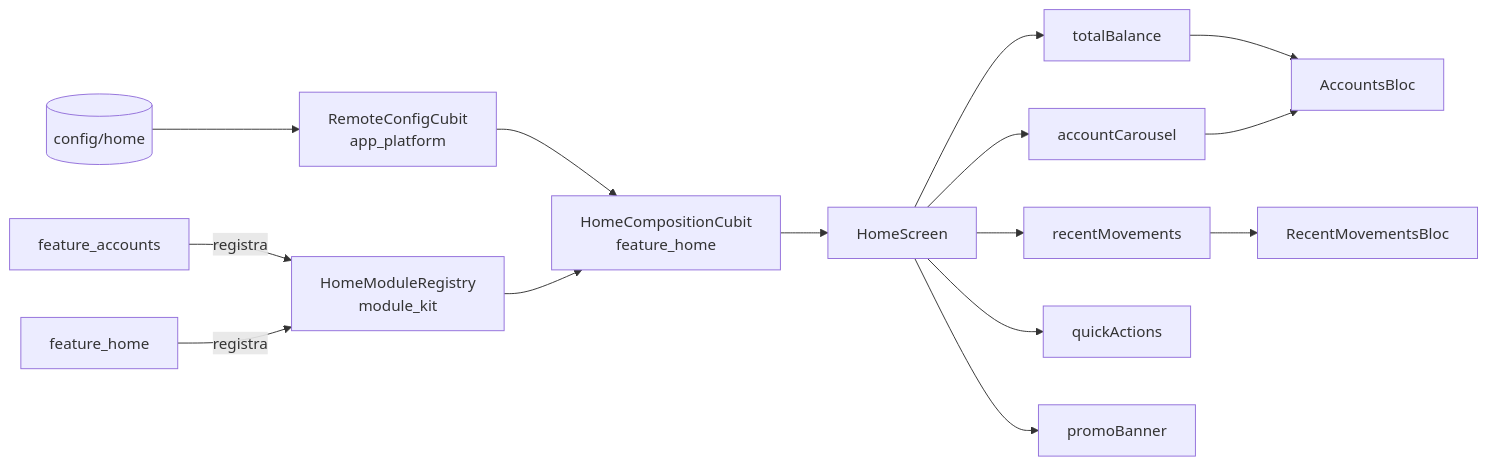
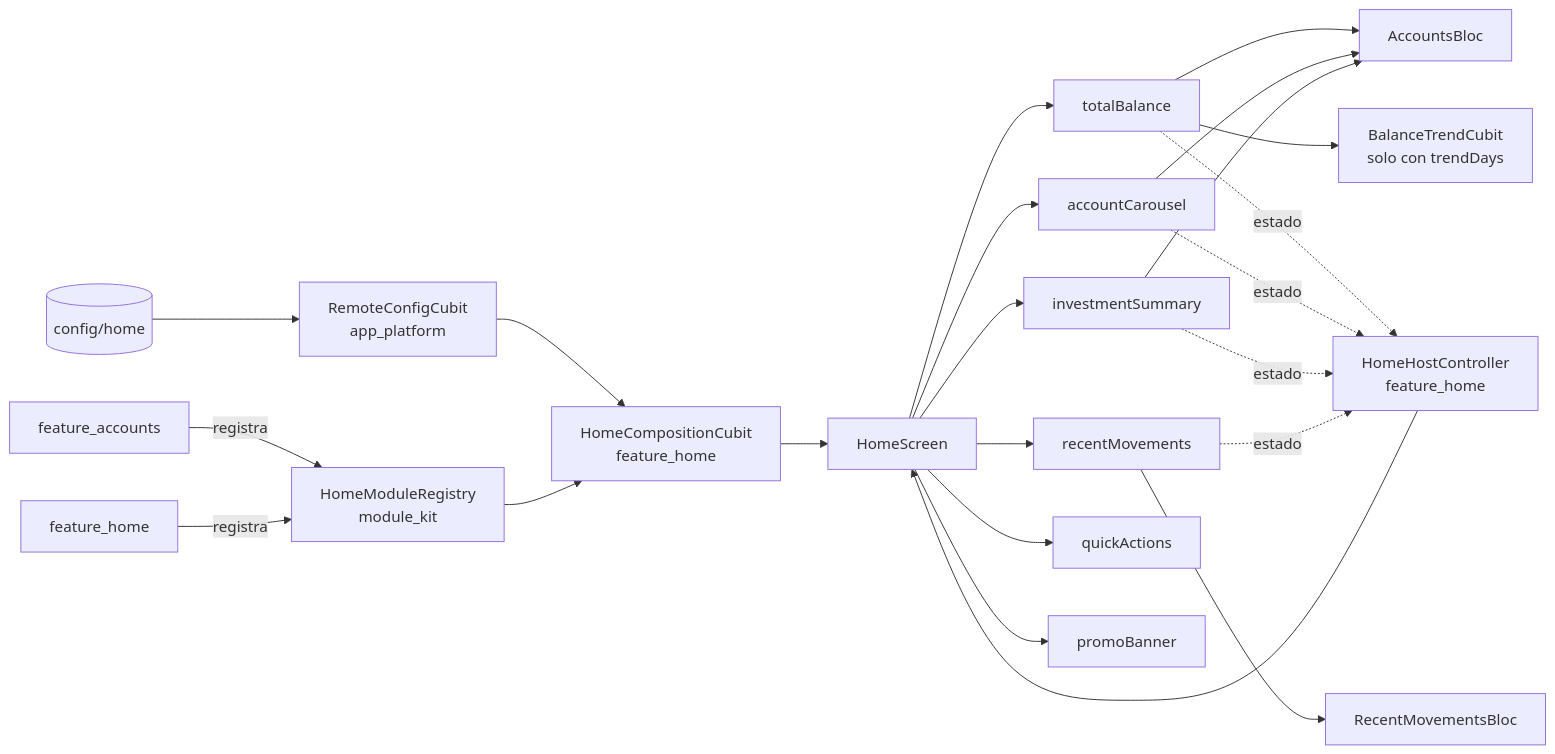
Before and after one commit to hveitia/flutter_senior_dev_challenge_bi: the third of 3 diagrams in docs/arquitectura/componentes.md, drawn with Mermaid. The commit also changed other lines of this file and 6 other files, not shown here.

````diff
--- a/docs/arquitectura/componentes.md
+++ b/docs/arquitectura/componentes.md
@@ -68,20 +103,29 @@
 ```mermaid
 flowchart LR
   config[(config/home)] --> cubit[RemoteConfigCubit<br/>app_platform]
   cubit --> composicion[HomeCompositionCubit<br/>feature_home]
   registro[HomeModuleRegistry<br/>module_kit] --> composicion
   composicion --> pantalla[HomeScreen]
+  host[HomeHostController<br/>feature_home] --> pantalla
 
   accounts[feature_accounts] -- registra --> registro
   home[feature_home] -- registra --> registro
 
   pantalla --> saldo[totalBalance]
   pantalla --> carrusel[accountCarousel]
+  pantalla --> inversiones[investmentSummary]
   pantalla --> movimientos[recentMovements]
   pantalla --> acciones[quickActions]
   pantalla --> banner[promoBanner]
 
   saldo --> ab[AccountsBloc]
   carrusel --> ab
+  inversiones --> ab
+  saldo --> tc[BalanceTrendCubit<br/>solo con trendDays]
   movimientos --> rb[RecentMovementsBloc]
+
+  saldo -. estado .-> host
+  carrusel -. estado .-> host
+  inversiones -. estado .-> host
+  movimientos -. estado .-> host
 ```
````
